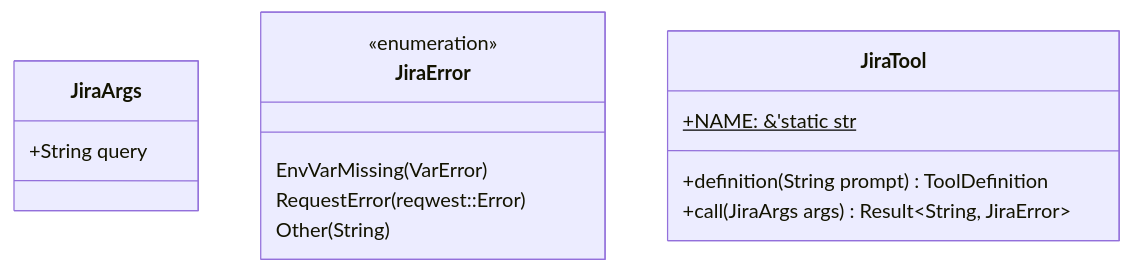
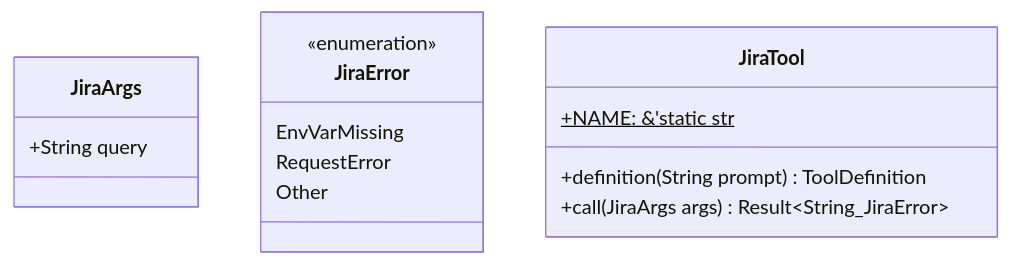
The first of 2 diagrams in .knowledge/src-infrastructure-tools-jira.md (lgcorzo/fastapi-autogen-team), drawn with Mermaid before and after one commit. The commit also changed 6 other files, not shown here.

Commit message:
docs: fix mermaid render syntax errors in knowledge base and add node_modules to gitignore

````diff
--- a/.knowledge/src-infrastructure-tools-jira.md
+++ b/.knowledge/src-infrastructure-tools-jira.md
@@ -18,19 +18,19 @@
 ```mermaid
 classDiagram
     class JiraArgs {
         +String query
     }
 
     class JiraError {
         <<enumeration>>
-        EnvVarMissing(VarError)
-        RequestError(reqwest::Error)
-        Other(String)
+        EnvVarMissing
+        RequestError
+        Other
     }
 
     class JiraTool {
         +NAME: &'static str$
         +definition(String prompt) ToolDefinition
-        +call(JiraArgs args) Result~String, JiraError~
+        +call(JiraArgs args) Result~String_JiraError~
     }
 ```
````
